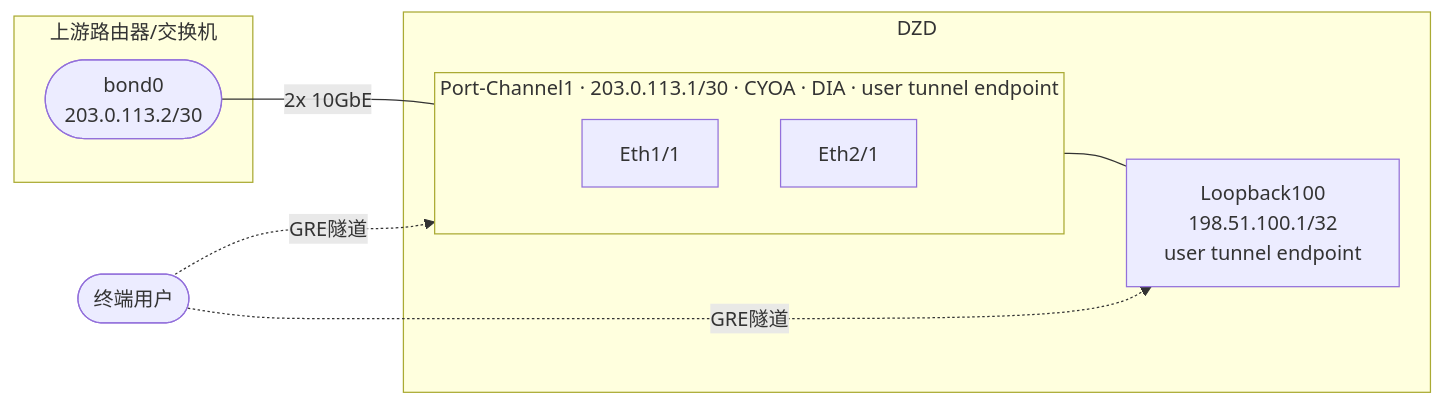
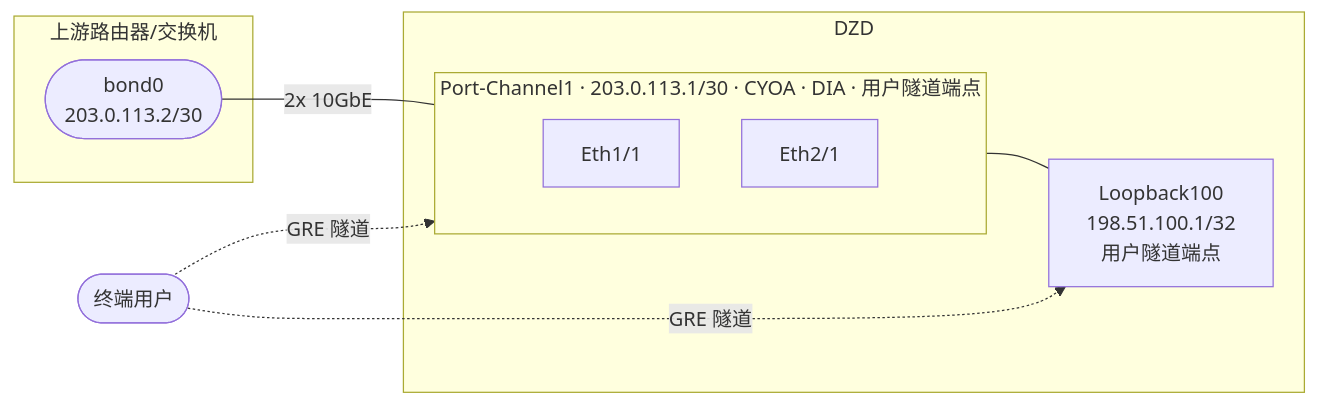
One commit to malbeclabs/docs changed the ninth of 13 diagrams in docs/contribute-provisioning.zh.md. Above: the diagram before and after it, drawn with Mermaid. The commit also changed other lines of this file and 160 other files, not shown here.

````diff
--- a/docs/contribute-provisioning.zh.md
+++ b/docs/contribute-provisioning.zh.md
@@ -439,23 +507,23 @@
 ```mermaid
 flowchart LR
     USERS(["终端用户"])
 
     subgraph SW["上游路由器/交换机"]
         SWPC(["bond0
         203.0.113.2/30"])
     end
 
     subgraph DZD["DZD"]
-        subgraph PC["Port-Channel1 · 203.0.113.1/30 · CYOA · DIA · user tunnel endpoint"]
+        subgraph PC["Port-Channel1 · 203.0.113.1/30 · CYOA · DIA · 用户隧道端点"]
             E1["Eth1/1"]
             E2["Eth2/1"]
         end
         LO["Loopback100
-        198.51.100.1/32\n        user tunnel endpoint"]
+        198.51.100.1/32\n        用户隧道端点"]
         PC --- LO
     end
 
     SWPC -- "2x 10GbE" --- PC
-    USERS -. "GRE隧道" .-> PC
-    USERS -. "GRE隧道" .-> LO
+    USERS -. "GRE 隧道" .-> PC
+    USERS -. "GRE 隧道" .-> LO
 ```
````
